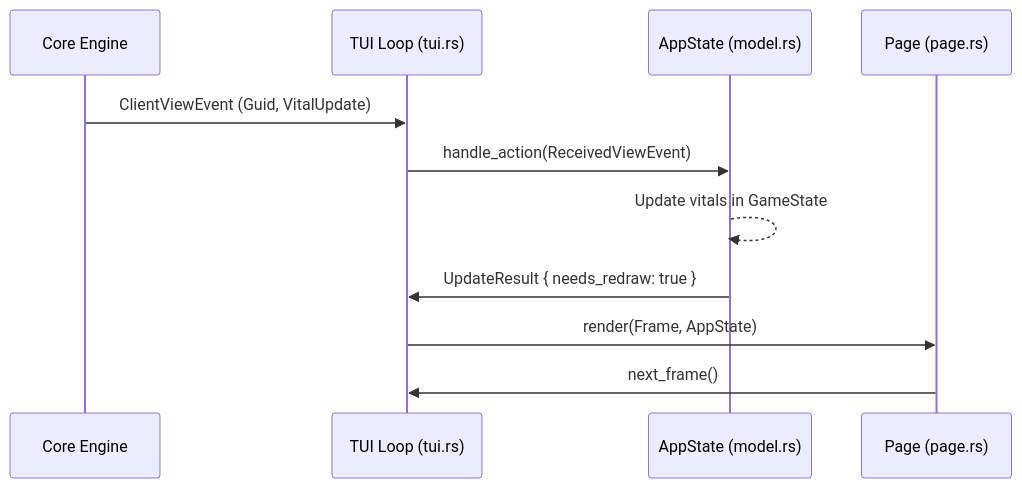
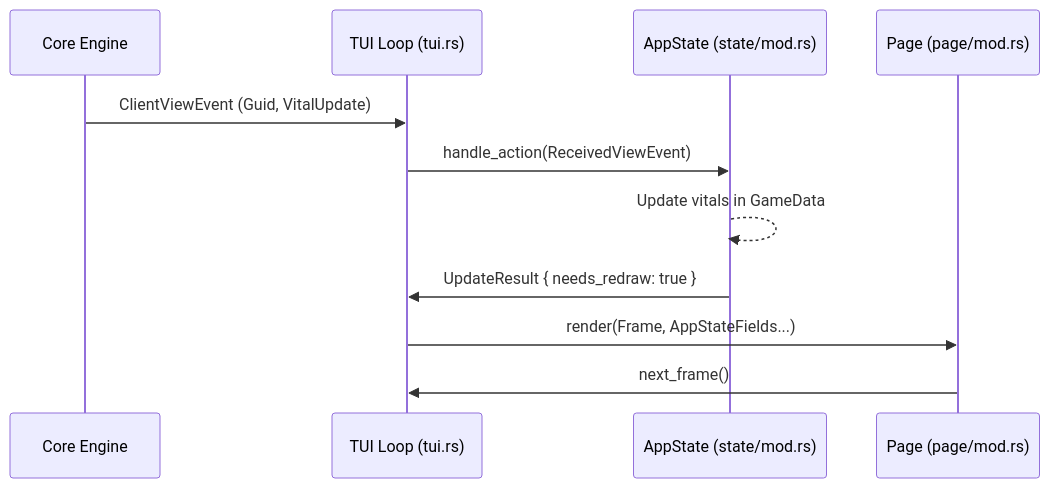
The diagram in apps/holtburger-cli/ARCHITECTURE.md (merklejerk/holtburger), drawn with Mermaid before and after one commit. The commit also changed other lines of this file and 14 other files, not shown here.

````diff
--- a/apps/holtburger-cli/ARCHITECTURE.md
+++ b/apps/holtburger-cli/ARCHITECTURE.md
@@ -77,14 +69,14 @@
 ```mermaid
 sequenceDiagram
     participant C as Core Engine
     participant T as TUI Loop (tui.rs)
-    participant S as AppState (model.rs)
-    participant P as Page (page.rs)
+    participant S as AppState (state/mod.rs)
+    participant P as Page (page/mod.rs)
 
     C->>T: ClientViewEvent (Guid, VitalUpdate)
     T->>S: handle_action(ReceivedViewEvent)
-    S-->>S: Update vitals in GameState
+    S-->>S: Update vitals in GameData
     S->>T: UpdateResult { needs_redraw: true }
-    T->>P: render(Frame, AppState)
+    T->>P: render(Frame, AppStateFields...)
     P->>T: next_frame()
 ```
````
